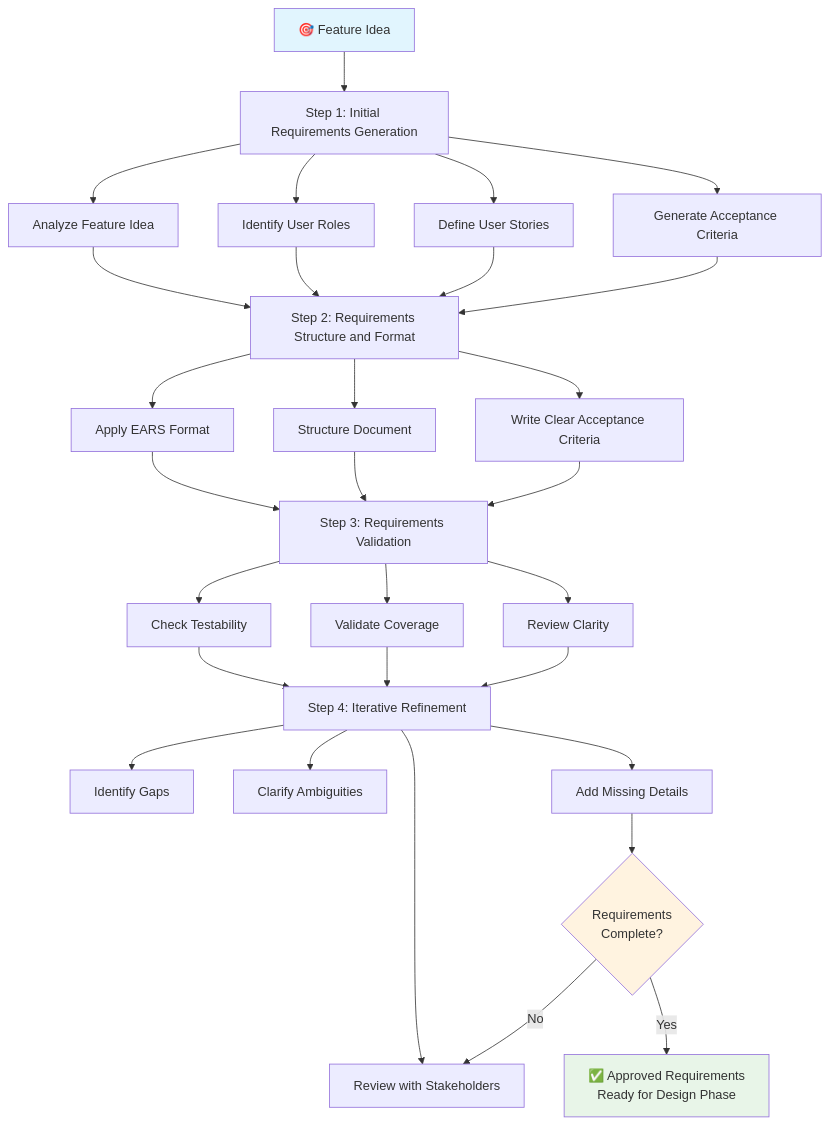
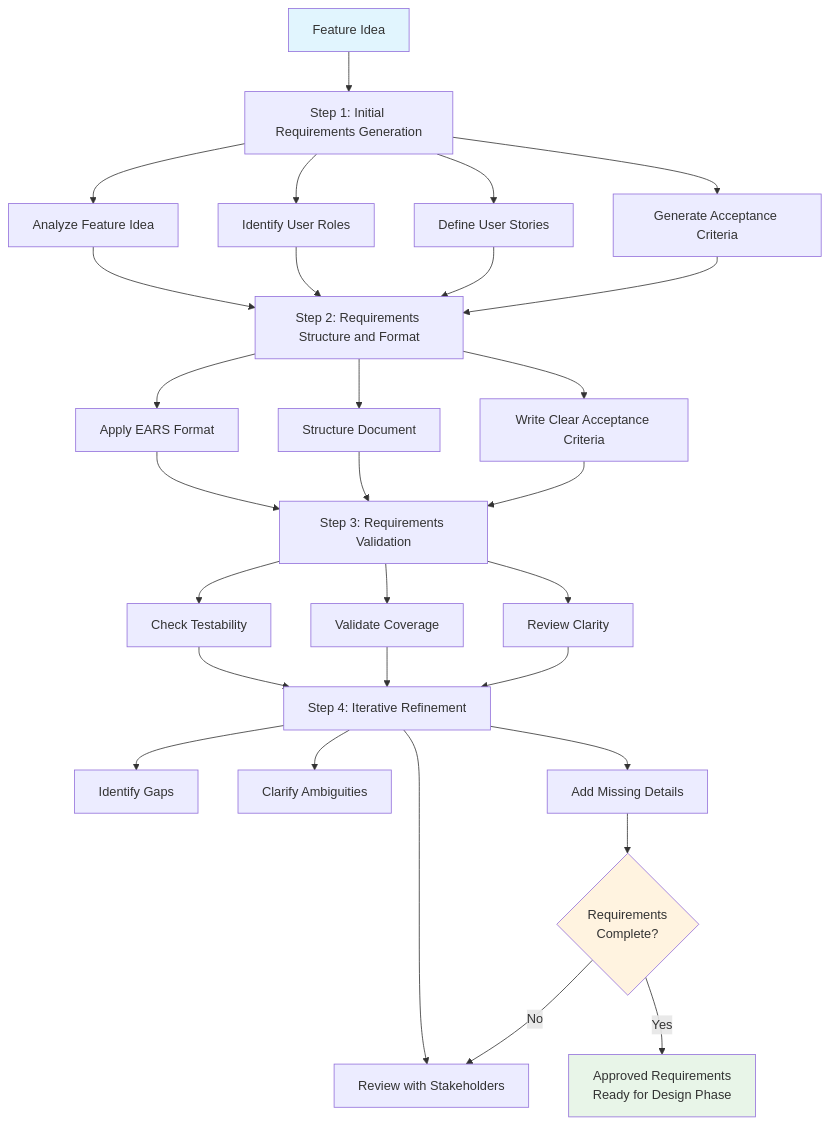
The diagram in docs/workflow/spec-driven-development/process/01-requirements-phase.md (kevinlin/ai-sdlc-playbook), drawn with Mermaid before and after one commit. The commit also changed 12 other files, not shown here.

````diff
--- a/docs/workflow/spec-driven-development/process/01-requirements-phase.md
+++ b/docs/workflow/spec-driven-development/process/01-requirements-phase.md
@@ -31,32 +31,32 @@
 ```mermaid
 flowchart TD
-    A["🎯 Feature Idea"] --> B["Step 1: Initial Requirements Generation"]
+    A["Feature Idea"] --> B["Step 1: Initial Requirements Generation"]
     B --> B1["Analyze Feature Idea"]
     B --> B2["Identify User Roles"]
     B --> B3["Define User Stories"]
     B --> B4["Generate Acceptance Criteria"]
     
     B1 & B2 & B3 & B4 --> C["Step 2: Requirements Structure and Format"]
     C --> C1["Apply EARS Format"]
     C --> C2["Structure Document"]
     C --> C3["Write Clear Acceptance Criteria"]
     
     C1 & C2 & C3 --> D["Step 3: Requirements Validation"]
     D --> D1["Check Testability"]
     D --> D2["Validate Coverage"]
     D --> D3["Review Clarity"]
     
     D1 & D2 & D3 --> E["Step 4: Iterative Refinement"]
     E --> E1["Review with Stakeholders"]
     E --> E2["Identify Gaps"]
     E --> E3["Clarify Ambiguities"]
     E --> E4["Add Missing Details"]
     
     E4 --> F{"Requirements<br/>Complete?"}
     F -->|No| E1
-    F -->|Yes| G["✅ Approved Requirements<br/>Ready for Design Phase"]
+    F -->|Yes| G["Approved Requirements<br/>Ready for Design Phase"]
     
     style A fill:#e1f5fe
     style G fill:#e8f5e8
     style F fill:#fff3e0
 ```
````
